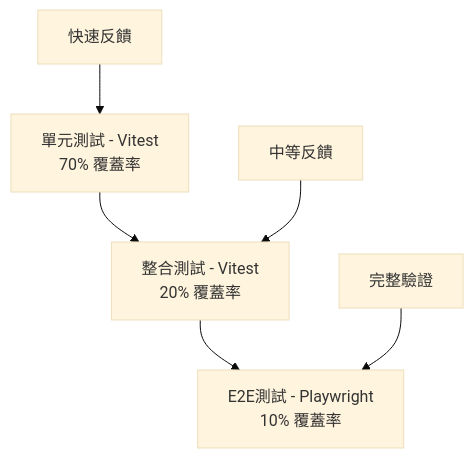
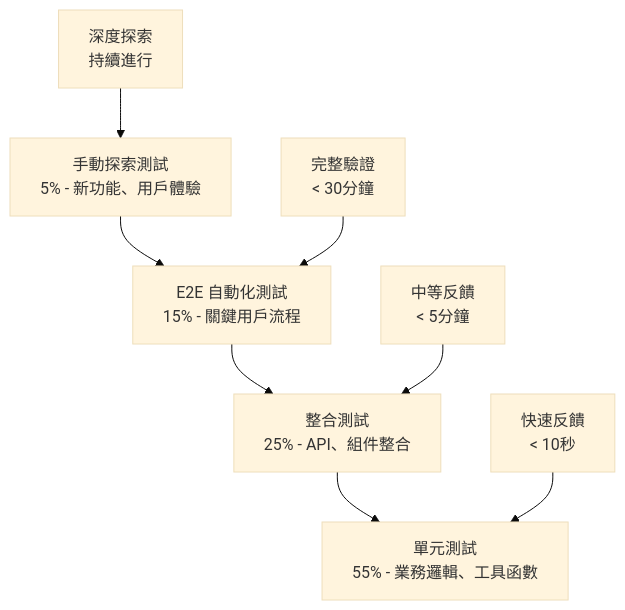
Before and after one commit to aiexkwan/online-stock-control-system: the diagram in docs/role_play/QA.md, drawn with Mermaid (base theme). The commit also changed other lines of this file and 1957 other files, not shown here.

````diff
--- a/docs/role_play/QA.md
+++ b/docs/role_play/QA.md
@@ -24,9 +89,11 @@
 ```mermaid
 graph TD
-    A[單元測試 - Vitest<br/>70% 覆蓋率] --> B[整合測試 - Vitest<br/>20% 覆蓋率]
-    B --> C[E2E測試 - Playwright<br/>10% 覆蓋率]
-    
-    D[快速反饋] --> A
-    E[中等反饋] --> B
-    F[完整驗證] --> C
+    A[手動探索測試<br/>5% - 新功能、用戶體驗] --> B[E2E 自動化測試<br/>15% - 關鍵用戶流程]
+    B --> C[整合測試<br/>25% - API、組件整合]
+    C --> D[單元測試<br/>55% - 業務邏輯、工具函數]
+
+    E[快速反饋<br/>< 10秒] --> D
+    F[中等反饋<br/>< 5分鐘] --> C
+    G[完整驗證<br/>< 30分鐘] --> B
+    H[深度探索<br/>持續進行] --> A
 ```
````
